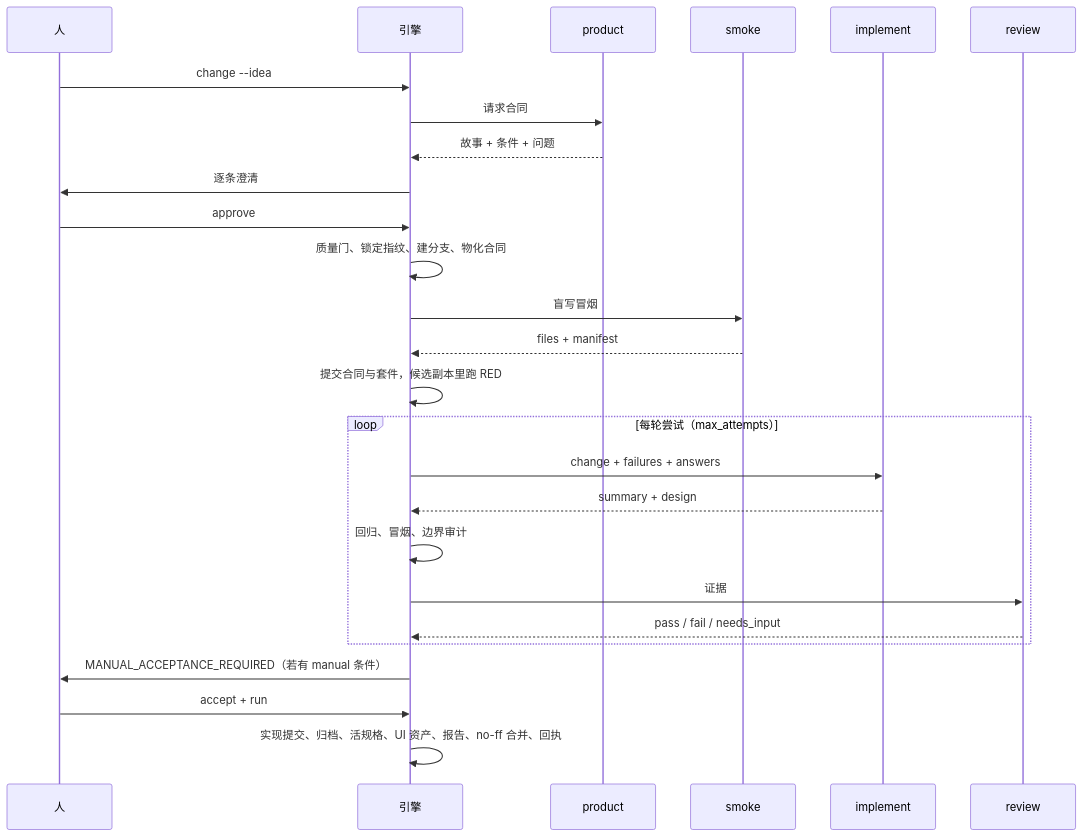
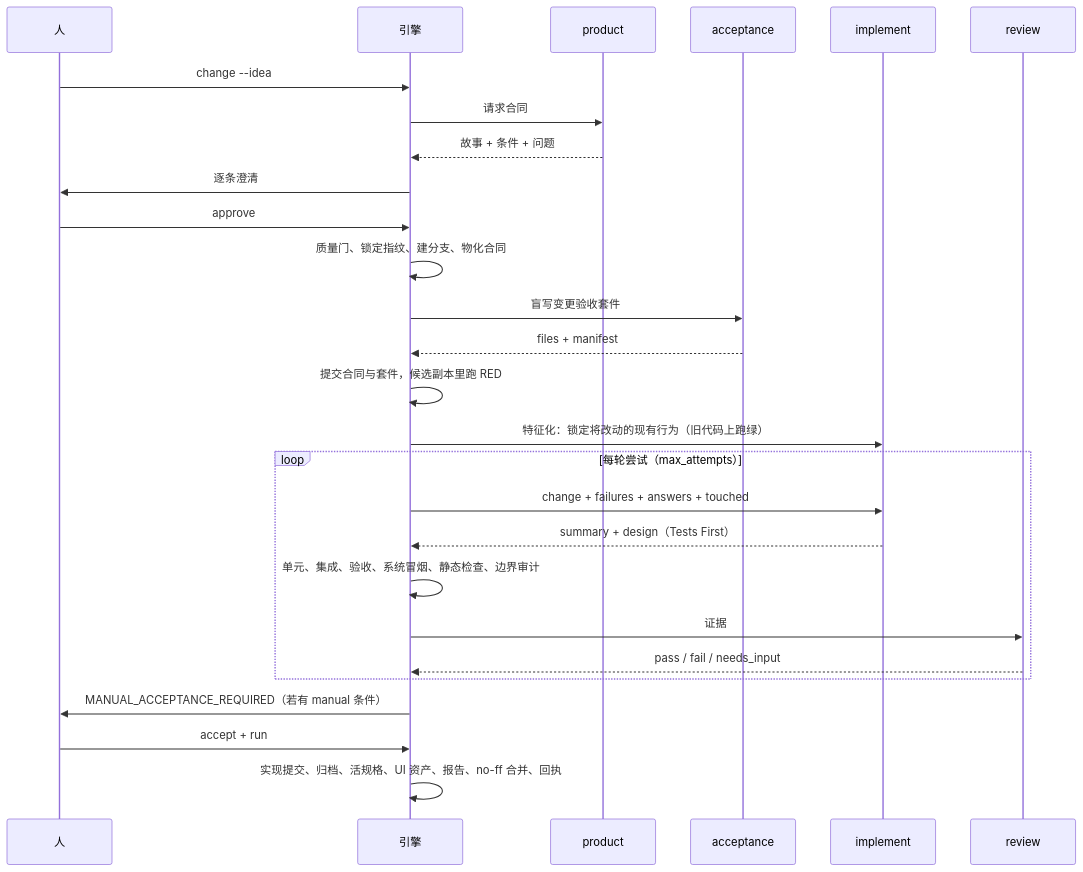
The diagram in docs/concepts.md (jinlin725168-ai/storyloop), drawn with Mermaid before and after one commit. The commit also changed other lines of this file and 50 other files, not shown here.

````diff
--- a/docs/concepts.md
+++ b/docs/concepts.md
@@ -79,28 +86,29 @@
 ```mermaid
 sequenceDiagram
     participant U as 人
     participant E as 引擎
     participant P as product
-    participant S as smoke
+    participant S as acceptance
     participant I as implement
     participant R as review
     U->>E: change --idea
     E->>P: 请求合同
     P-->>E: 故事 + 条件 + 问题
     E->>U: 逐条澄清
     U->>E: approve
     E->>E: 质量门、锁定指纹、建分支、物化合同
-    E->>S: 盲写冒烟
+    E->>S: 盲写变更验收套件
     S-->>E: files + manifest
     E->>E: 提交合同与套件，候选副本里跑 RED
+    E->>I: 特征化：锁定将改动的现有行为（旧代码上跑绿）
     loop 每轮尝试（max_attempts）
-        E->>I: change + failures + answers
-        I-->>E: summary + design
-        E->>E: 回归、冒烟、边界审计
+        E->>I: change + failures + answers + touched
+        I-->>E: summary + design（Tests First）
+        E->>E: 单元、集成、验收、系统冒烟、静态检查、边界审计
         E->>R: 证据
         R-->>E: pass / fail / needs_input
     end
     E->>U: MANUAL_ACCEPTANCE_REQUIRED（若有 manual 条件）
     U->>E: accept + run
     E->>E: 实现提交、归档、活规格、UI 资产、报告、no-ff 合并、回执
 ```
````
